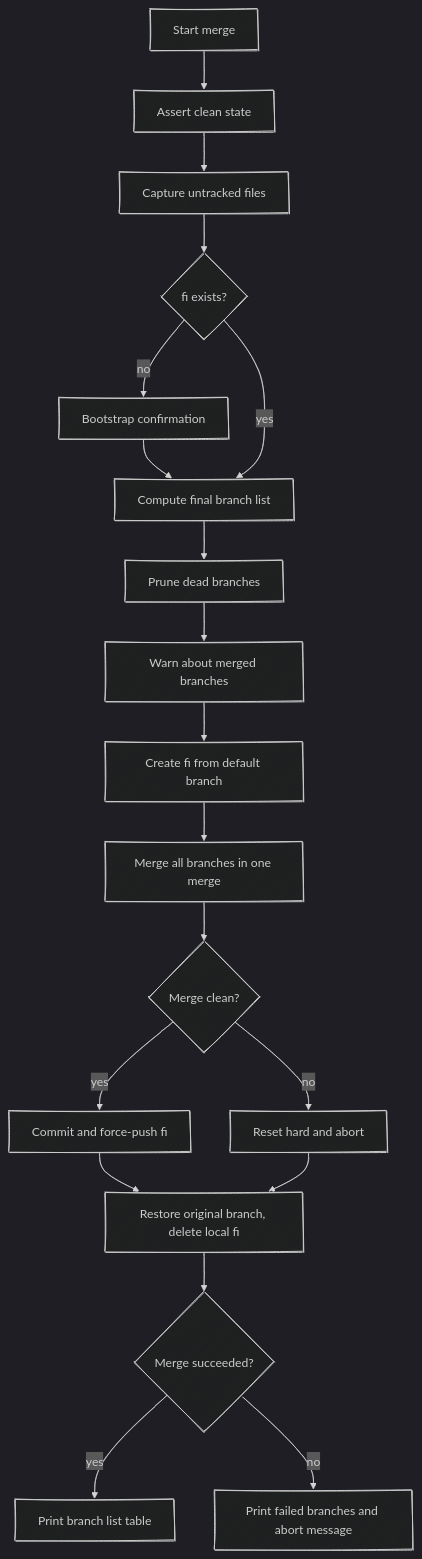
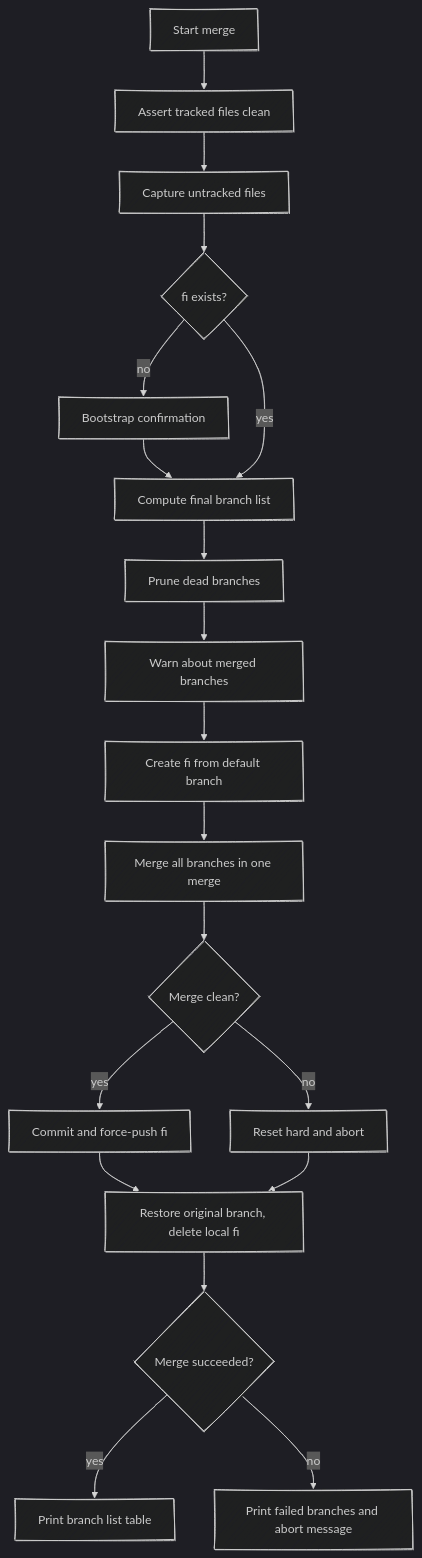
One commit to gettyimages/git-fi changed the diagram in docs/merge-process.md. Above: the diagram before and after it, drawn with Mermaid (dark theme). The commit also changed other lines of this file and 4 other files, not shown here.

````diff
--- a/docs/merge-process.md
+++ b/docs/merge-process.md
@@ -7,22 +7,22 @@
 ```mermaid
 %%{ init: { 'look': 'handDrawn' } }%%
 flowchart TD
-  A[Start merge] --> B[Assert clean state]
+  A[Start merge] --> B[Assert tracked files clean]
   B --> C[Capture untracked files]
   C --> D{fi exists?}
   D -- no --> E[Bootstrap confirmation]
   E --> F[Compute final branch list]
   D -- yes --> F
   F --> G[Prune dead branches]
   G --> H[Warn about merged branches]
   H --> I[Create fi from default branch]
   I --> J[Merge all branches in one merge]
   J --> K{Merge clean?}
   K -- yes --> L[Commit and force-push fi]
   K -- no --> M[Reset hard and abort]
   L --> N[Restore original branch, delete local fi]
   M --> N
   N --> O{Merge succeeded?}
   O -- yes --> P[Print branch list table]
   O -- no --> Q[Print failed branches and abort message]
 ```
````
